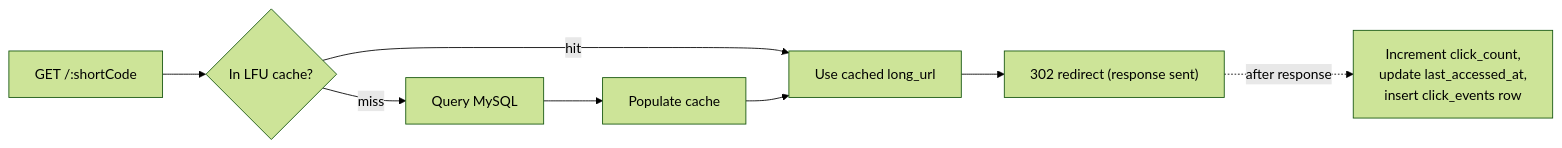
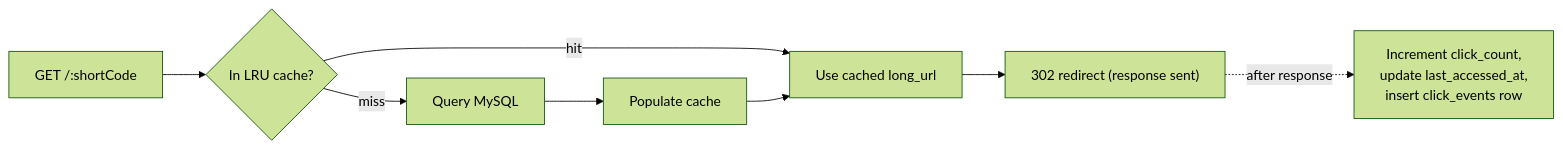
One commit to dipakpm59/url-shortener changed the fourth of 5 diagrams in docs/ARCHITECTURE.md. Above: the diagram before and after it, drawn with Mermaid (forest theme). The commit also changed other lines of this file and 10 other files, not shown here.

````diff
--- a/docs/ARCHITECTURE.md
+++ b/docs/ARCHITECTURE.md
@@ -101,10 +97,10 @@
 ```mermaid
 flowchart LR
-    A["GET /:shortCode"] --> B{In LFU cache?}
+    A["GET /:shortCode"] --> B{In LRU cache?}
     B -- hit --> C[Use cached long_url]
     B -- miss --> D[Query MySQL]
     D --> E[Populate cache]
     E --> C
     C --> F["302 redirect (response sent)"]
     F -.after response.-> G["Increment click_count,<br/>update last_accessed_at,<br/>insert click_events row"]
 ```
````
